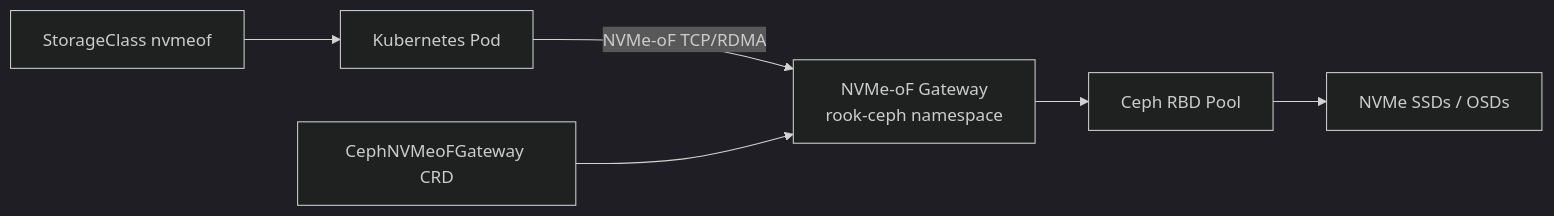
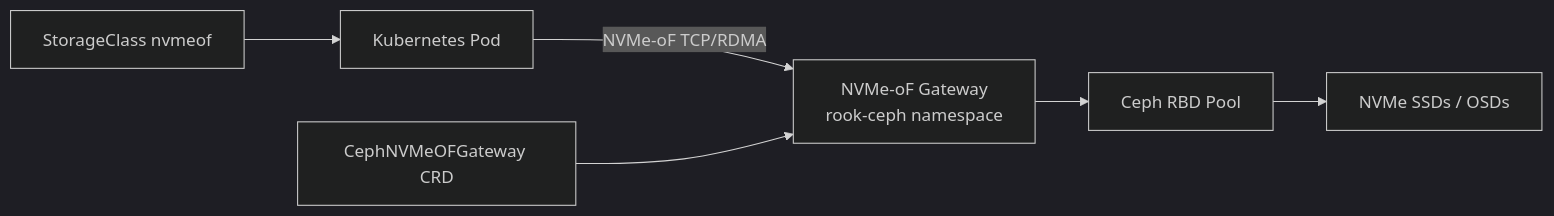
One commit to OneUptime/blog changed the diagram in posts/2026-03-31-rook-nvme-of-block-storage/README.md. Above: the diagram before and after it, drawn with Mermaid (dark theme). The commit also changed other lines of this file and 2 other files, not shown here.

Commit message:
validate: 2026-03-31-rook-nvme-of-block-storage

````diff
--- a/posts/2026-03-31-rook-nvme-of-block-storage/README.md
+++ b/posts/2026-03-31-rook-nvme-of-block-storage/README.md
@@ -17,8 +17,8 @@
 ```mermaid
 flowchart LR
     A[Kubernetes Pod] -->|NVMe-oF TCP/RDMA| B[NVMe-oF Gateway\nrook-ceph namespace]
     B --> C[Ceph RBD Pool]
     C --> D[NVMe SSDs / OSDs]
-    E[CephNVMeoFGateway CRD] --> B
+    E[CephNVMeOFGateway CRD] --> B
     F[StorageClass nvmeof] --> A
 ```
````
